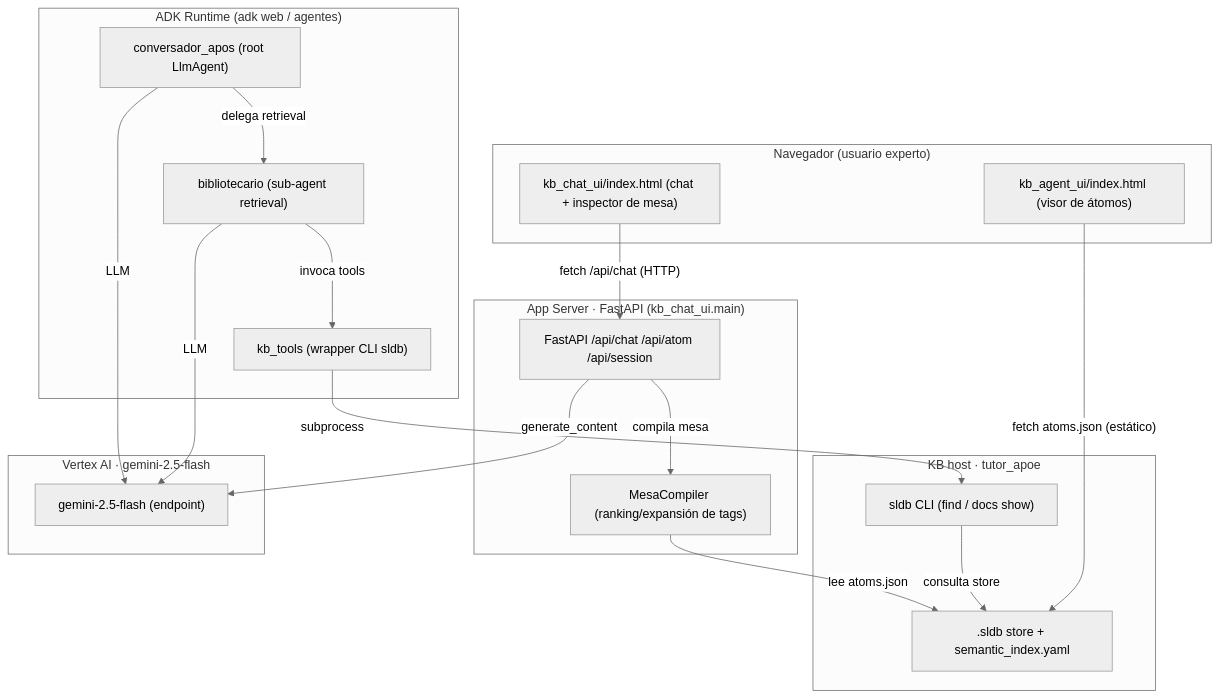
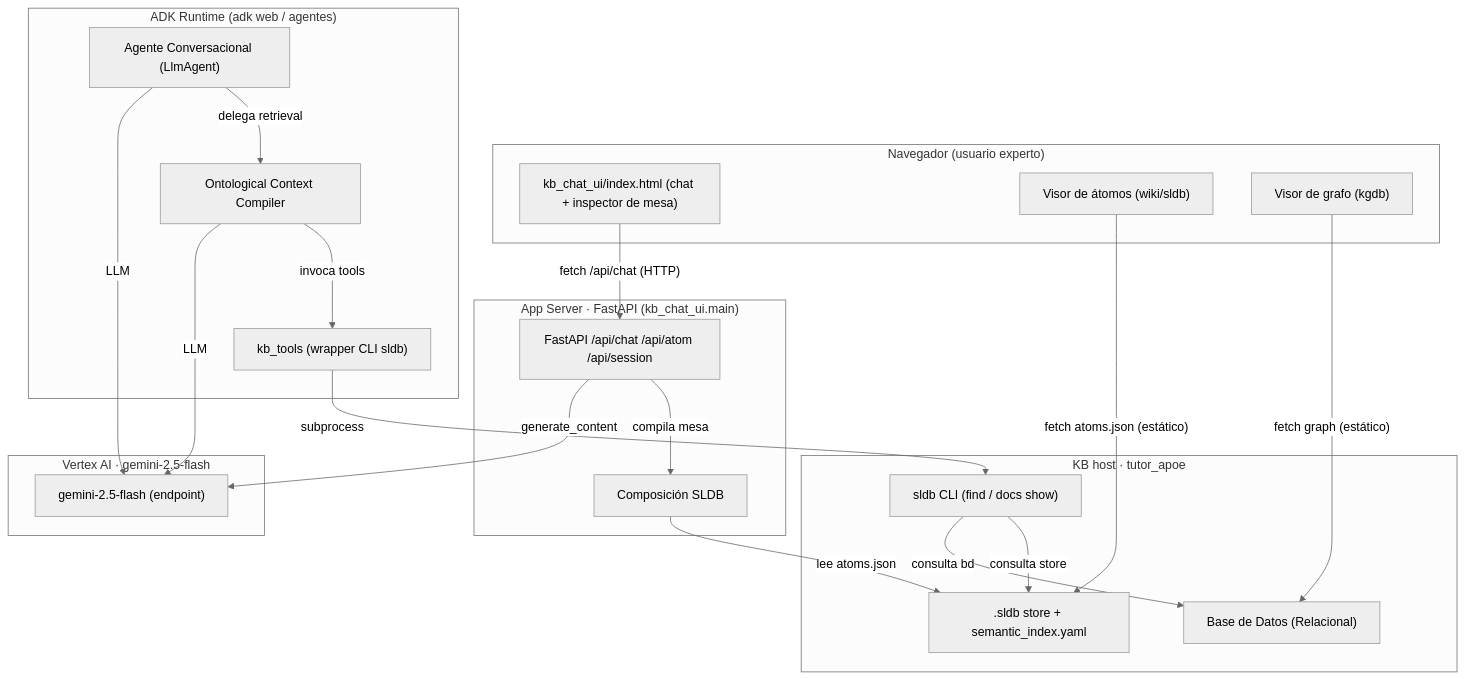
One commit to jpcosec/conversational-agent-arch changed the diagram in desk/spec2viz/build/deployment.backend-frontend.mmd. Above: the diagram before and after it, drawn with Mermaid (neutral theme). The commit also changed 7 other files, not shown here.

Commit message:
refactor: apply exported architectural feedback

```diff
--- a/desk/spec2viz/build/deployment.backend-frontend.mmd
+++ b/desk/spec2viz/build/deployment.backend-frontend.mmd
@@ -1,32 +1,36 @@
 graph TD
     subgraph browser ["Navegador (usuario experto)"]
         kb_chat_ui_html["kb_chat_ui/index.html (chat + inspector de mesa)"]
-        kb_agent_ui_html["kb_agent_ui/index.html (visor de átomos)"]
+        visor_wiki_html["Visor de átomos (wiki/sldb)"]
+        visor_grafo_html["Visor de grafo (kgdb)"]
     end
     subgraph app_server ["App Server · FastAPI (kb_chat_ui.main)"]
         chat_api["FastAPI /api/chat /api/atom /api/session"]
-        table_compiler["MesaCompiler (ranking/expansión de tags)"]
+        composicion_sldb["Composición SLDB"]
     end
     subgraph adk_runtime ["ADK Runtime (adk web / agentes)"]
-        conversador_apos["conversador_apos (root LlmAgent)"]
-        bibliotecario["bibliotecario (sub-agent retrieval)"]
+        agente_conversacional["Agente Conversacional (LlmAgent)"]
+        ontological_context_compiler["Ontological Context Compiler"]
         kb_tools_wrapper["kb_tools (wrapper CLI sldb)"]
     end
     subgraph kb_store_host ["KB host · tutor_apoe"]
         sldb_cli["sldb CLI (find / docs show)"]
         sldb_store[".sldb store + semantic_index.yaml"]
+        relational_db["Base de Datos (Relacional)"]
     end
     subgraph vertex ["Vertex AI · gemini-2.5-flash"]
         gemini_llm["gemini-2.5-flash (endpoint)"]
     end
     kb_chat_ui_html -->|"fetch /api/chat (HTTP)"| chat_api
-    kb_agent_ui_html -->|"fetch atoms.json (estático)"| sldb_store
-    chat_api -->|"compila mesa"| table_compiler
+    visor_wiki_html -->|"fetch atoms.json (estático)"| sldb_store
+    visor_grafo_html -->|"fetch graph (estático)"| relational_db
+    chat_api -->|"compila mesa"| composicion_sldb
     chat_api -->|"generate_content"| gemini_llm
-    table_compiler -->|"lee atoms.json"| sldb_store
-    conversador_apos -->|"delega retrieval"| bibliotecario
-    bibliotecario -->|"invoca tools"| kb_tools_wrapper
-    conversador_apos -->|"LLM"| gemini_llm
-    bibliotecario -->|"LLM"| gemini_llm
+    composicion_sldb -->|"lee atoms.json"| sldb_store
+    agente_conversacional -->|"delega retrieval"| ontological_context_compiler
+    ontological_context_compiler -->|"invoca tools"| kb_tools_wrapper
+    agente_conversacional -->|"LLM"| gemini_llm
+    ontological_context_compiler -->|"LLM"| gemini_llm
     kb_tools_wrapper -->|"subprocess"| sldb_cli
     sldb_cli -->|"consulta store"| sldb_store
+    sldb_cli -->|"consulta bd"| relational_db
```
